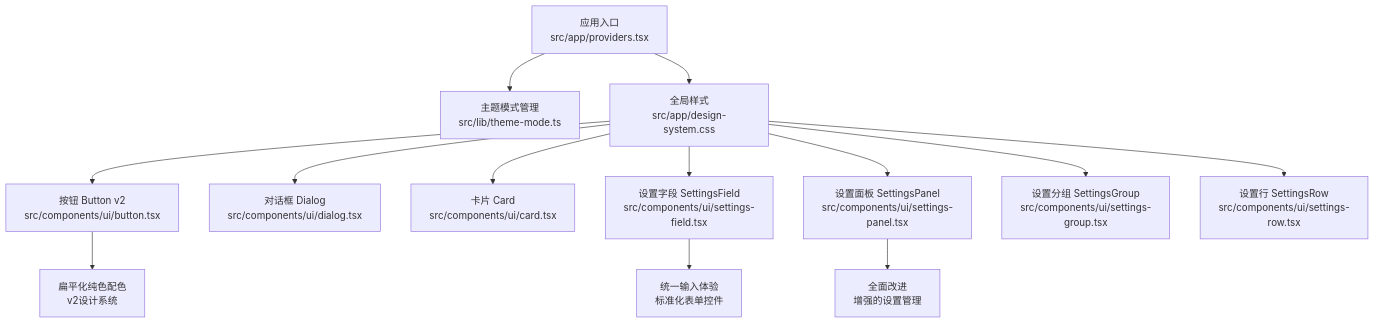
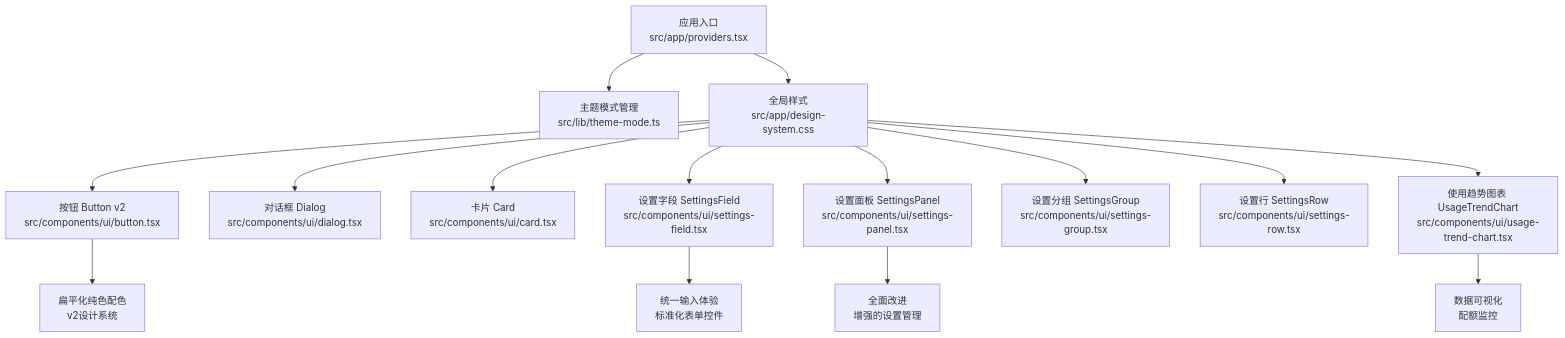
Before and after one commit to scottcwy/PurpleInk: the first of 6 diagrams in .qoder/repowiki/zh/content/前端架构/组件系统/基础UI组件.md, drawn with Mermaid. The commit also changed other lines of this file and 23 other files, not shown here.

````diff
--- a/.qoder/repowiki/zh/content/前端架构/组件系统/基础UI组件.md
+++ b/.qoder/repowiki/zh/content/前端架构/组件系统/基础UI组件.md
@@ -55,15 +59,17 @@
 ```mermaid
 graph TB
 A["应用入口<br/>src/app/providers.tsx"] --> B["主题模式管理<br/>src/lib/theme-mode.ts"]
 A --> C["全局样式<br/>src/app/design-system.css"]
 C --> D["按钮 Button v2<br/>src/components/ui/button.tsx"]
 C --> E["对话框 Dialog<br/>src/components/ui/dialog.tsx"]
 C --> F["卡片 Card<br/>src/components/ui/card.tsx"]
 C --> G["设置字段 SettingsField<br/>src/components/ui/settings-field.tsx"]
 C --> H["设置面板 SettingsPanel<br/>src/components/ui/settings-panel.tsx"]
 C --> I["设置分组 SettingsGroup<br/>src/components/ui/settings-group.tsx"]
 C --> J["设置行 SettingsRow<br/>src/components/ui/settings-row.tsx"]
-D --> K["扁平化纯色配色<br/>v2设计系统"]
-G --> L["统一输入体验<br/>标准化表单控件"]
-H --> M["全面改进<br/>增强的设置管理"]
+C --> K["使用趋势图表 UsageTrendChart<br/>src/components/ui/usage-trend-chart.tsx"]
+D --> L["扁平化纯色配色<br/>v2设计系统"]
+G --> M["统一输入体验<br/>标准化表单控件"]
+H --> N["全面改进<br/>增强的设置管理"]
+K --> O["数据可视化<br/>配额监控"]
 ```
````
